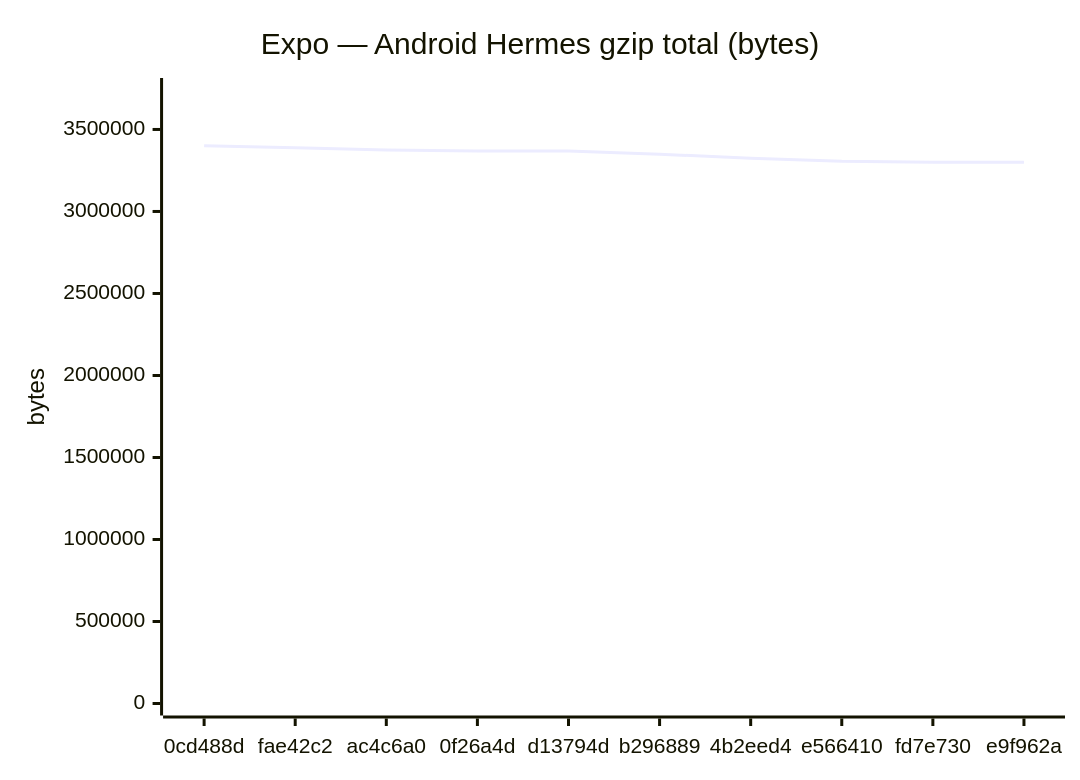
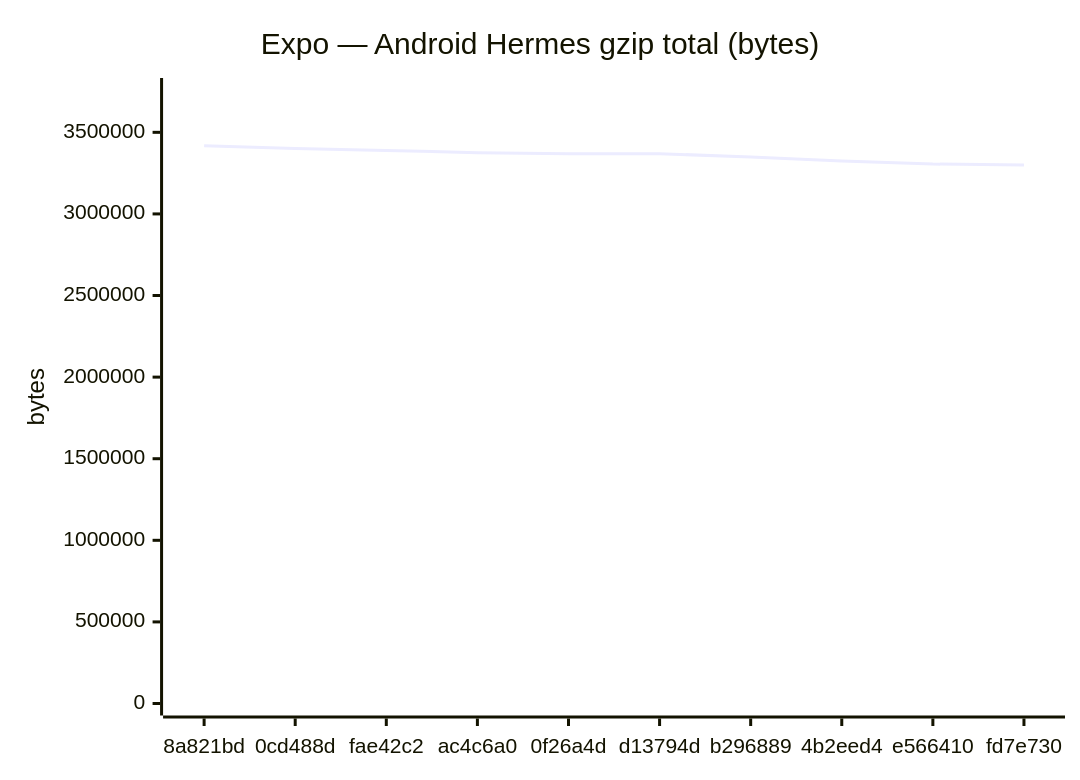
The fifth of 18 diagrams in benchmarks/compare.md (Metaheurist/Rianell), drawn with Mermaid before and after one commit. The commit also changed other lines of this file and 11 other files, not shown here.

````diff
--- a/benchmarks/compare.md
+++ b/benchmarks/compare.md
@@ -89,7 +89,7 @@
 ```mermaid
 xychart-beta
     title "Expo — Android Hermes gzip total (bytes)"
-    x-axis ["0cd488d", "fae42c2", "ac4c6a0", "0f26a4d", "d13794d", "b296889", "4b2eed4", "e566410", "fd7e730", "e9f962a"]
-    y-axis "bytes" 0 --> 3740600
-    line [3400545, 3388765, 3375300, 3368860, 3368861, 3349208, 3324082, 3305549, 3300038, 3300034]
+    x-axis ["8a821bd", "0cd488d", "fae42c2", "ac4c6a0", "0f26a4d", "d13794d", "b296889", "4b2eed4", "e566410", "fd7e730"]
+    y-axis "bytes" 0 --> 3759385
+    line [3417622, 3400545, 3388765, 3375300, 3368860, 3368861, 3349208, 3324082, 3305549, 3300038]
 ```
````
